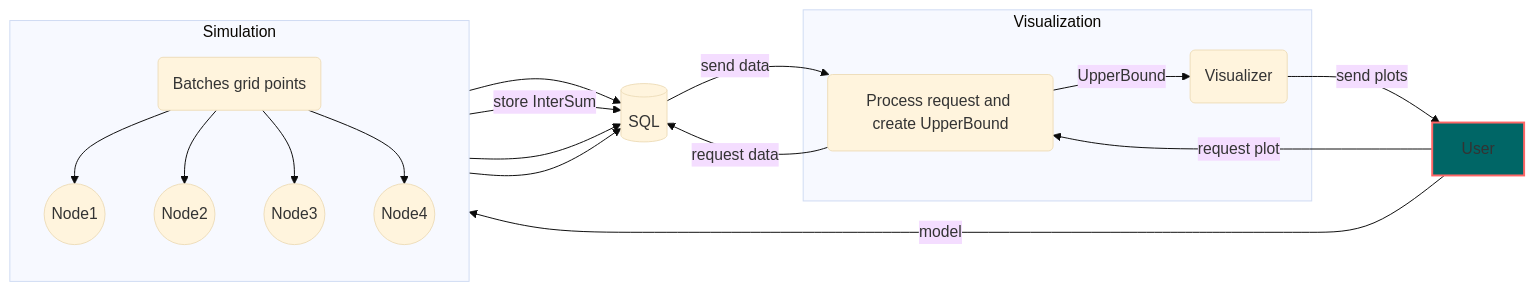
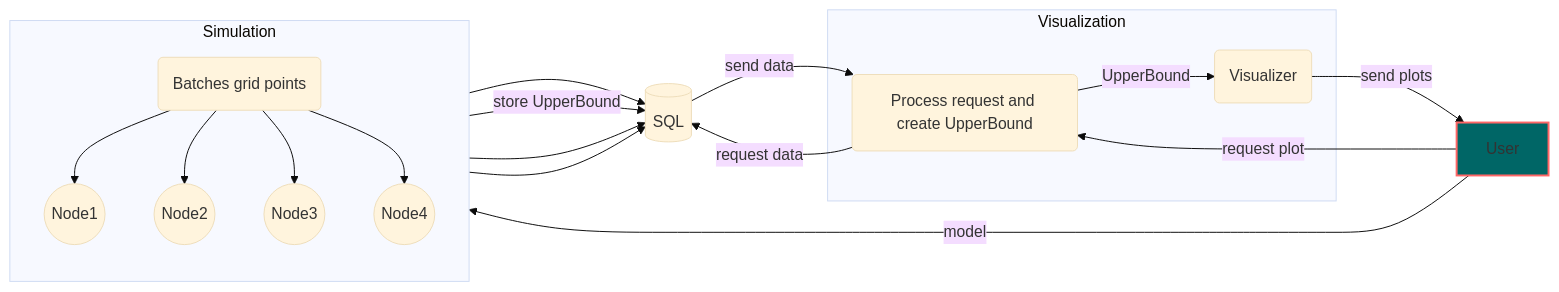
Before and after one commit to constinit/imprint: the diagram in docs/framework_flowchart.md, drawn with Mermaid (base theme).

Commit message:
Modify slight comment change on diagram

````diff
--- a/docs/framework_flowchart.md
+++ b/docs/framework_flowchart.md
@@ -1,30 +1,30 @@
 ```mermaid
 flowchart LR;
     user[User];  
     style user fill:#006666,stroke:#f66,stroke-width:2px
     SQL[(SQL)];
     
     user -->|model| driver;
     subgraph subg_sim [Simulation];
     direction TB;
     driver(Batches grid points);
     driver --> Node1((Node1));
     driver --> Node2((Node2));
     driver --> Node3((Node3));
     driver --> Node4((Node4));
     end;
     Node1 --> SQL;
-    Node2 --> |store InterSum| SQL;
+    Node2 --> |store UpperBound| SQL;
     Node3 --> SQL;
     Node4 --> SQL;
     
     user --> |request plot| visproc;
     subgraph subg_vis [Visualization];
     visproc(Process request and create UpperBound);
     visualizer(Visualizer);
     visproc -->|UpperBound| visualizer;
     end;
     visproc --> |request data| SQL;
     SQL --> |send data| visproc;
     visualizer --> |send plots| user;
 ```
````
